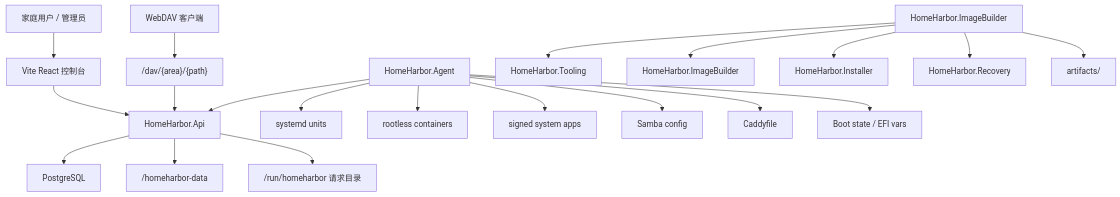
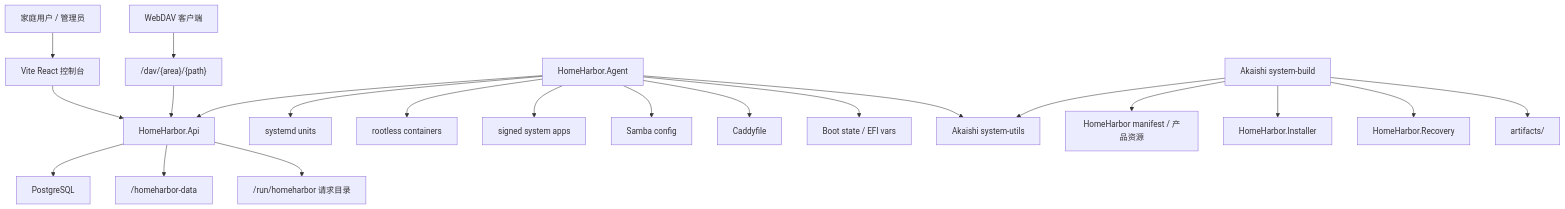
The first of 2 diagrams in docs/zh/architecture.md (Akaishi-Tech/home-harbor), drawn with Mermaid before and after one commit. The commit also changed other lines of this file and 141 other files, not shown here.

Commit message:
build: extract system tooling repositories

````diff
--- a/docs/zh/architecture.md
+++ b/docs/zh/architecture.md
@@ -5,25 +5,26 @@
 ```mermaid
 flowchart TB
   User["家庭用户 / 管理员"] --> Frontend["Vite React 控制台"]
   Frontend --> Api["HomeHarbor.Api"]
   WebDavClient["WebDAV 客户端"] --> Dav["/dav/{area}/{path}"]
   Dav --> Api
 
   Api --> Db["PostgreSQL"]
   Api --> Data["/homeharbor-data"]
   Api --> Runtime["/run/homeharbor 请求目录"]
 
   Agent["HomeHarbor.Agent"] --> Api
   Agent --> Systemd["systemd units"]
   Agent --> Podman["rootless containers"]
   Agent --> SystemApps["signed system apps"]
   Agent --> Samba["Samba config"]
   Agent --> Caddy["Caddyfile"]
   Agent --> Boot["Boot state / EFI vars"]
 
-  Build["HomeHarbor.ImageBuilder"] --> Tooling["HomeHarbor.Tooling"]
-  Build --> ImageBuilder["HomeHarbor.ImageBuilder"]
+  Build["Akaishi system-build"] --> Utils["Akaishi system-utils"]
+  Agent --> Utils
+  Build --> Manifests["HomeHarbor manifest / 产品资源"]
   Build --> Installer["HomeHarbor.Installer"]
   Build --> Recovery["HomeHarbor.Recovery"]
   Build --> Artifacts["artifacts/"]
 ```
````
